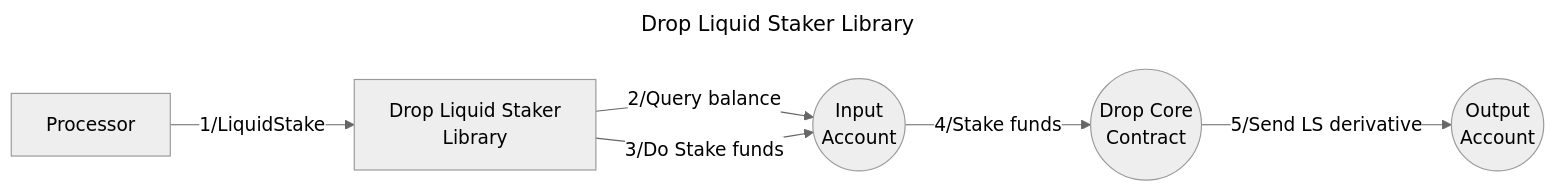
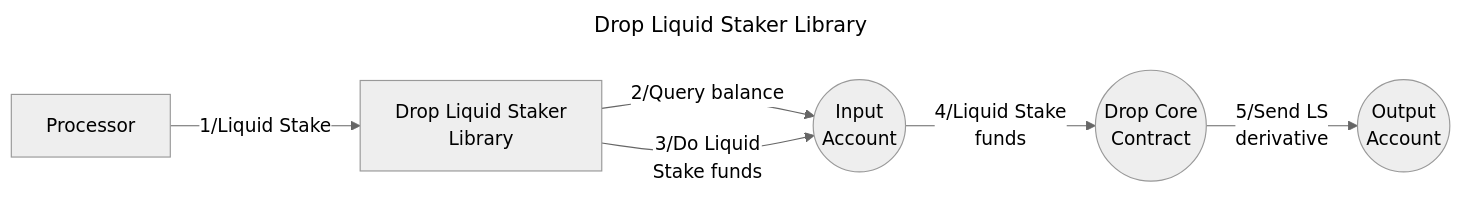
One commit to timewave-computer/valence-protocol changed the diagram in contracts/libraries/drop-liquid-staker/README.md. Above: the diagram before and after it, drawn with Mermaid (neutral theme). The commit also changed 1 other file, not shown here.

Commit message:
parse mermaid diagram

````diff
--- a/contracts/libraries/drop-liquid-staker/README.md
+++ b/contracts/libraries/drop-liquid-staker/README.md
@@ -7,20 +7,23 @@
 ```mermaid
 ---
 title: Drop Liquid Staker Library
 ---
 graph LR
   IA((Input
       Account))
   CC((Drop Core
       Contract))
   OA((Output
       Account))
   P[Processor]
   S[Drop Liquid Staker
       Library]
-  P -- 1/LiquidStake --> S
+  P -- 1/Liquid Stake --> S
   S -- 2/Query balance --> IA
-  S -- 3/Do Stake funds --> IA
-  IA -- 4/Stake funds --> CC
-  CC -- 5/Send LS derivative --> OA
+  S -- 3/Do Liquid 
+  Stake funds --> IA
+  IA -- 4/Liquid Stake
+   funds --> CC
+  CC -- 5/Send LS 
+  derivative --> OA
 ```
````
